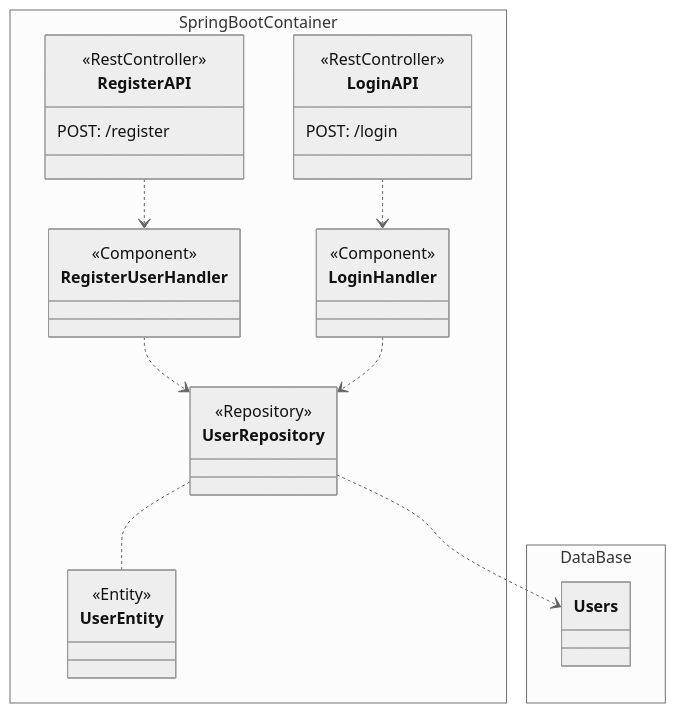
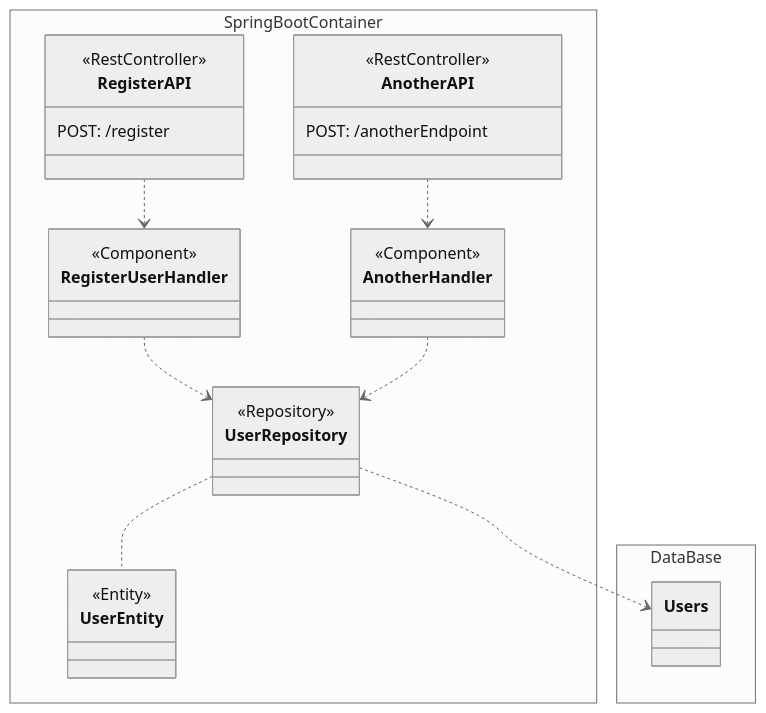
The diagram in README.md (leocamachocr/kotlin-spring-boot-integration), drawn with Mermaid before and after one commit. The commit also changed other lines of this file and 1 other file, not shown here.

````diff
--- a/README.md
+++ b/README.md
@@ -129,38 +133,38 @@
 ```mermaid
 %%{init: {'theme':'neutral'}}%%
 classDiagram
     namespace SpringBootContainer {
         class RegisterAPI {
             POST: /register
             <<RestController>>
         }
-        class LoginAPI {
-            POST: /login
+        class AnotherAPI {
+            POST: /anotherEndpoint
             <<RestController>>
         }
         class RegisterUserHandler {
             <<Component>>
         }
 
-        class LoginHandler {
+        class AnotherHandler {
             <<Component>>
         }
         class UserRepository {
             <<Repository>>
         }
         class UserEntity {
             <<Entity>>
         }
     }
     namespace DataBase {
         class Users
     }
 
-    RegisterAPI ..> RegisterUserHandler
-    LoginAPI ..> LoginHandler
-    RegisterUserHandler ..> UserRepository
-    LoginHandler ..> UserRepository
-    UserRepository ..> Users
-    UserRepository .. UserEntity
+  RegisterAPI ..> RegisterUserHandler
+  AnotherAPI ..> AnotherHandler
+  RegisterUserHandler ..> UserRepository
+  AnotherHandler ..> UserRepository
+  UserRepository ..> Users
+  UserRepository .. UserEntity
 
 ```
````
